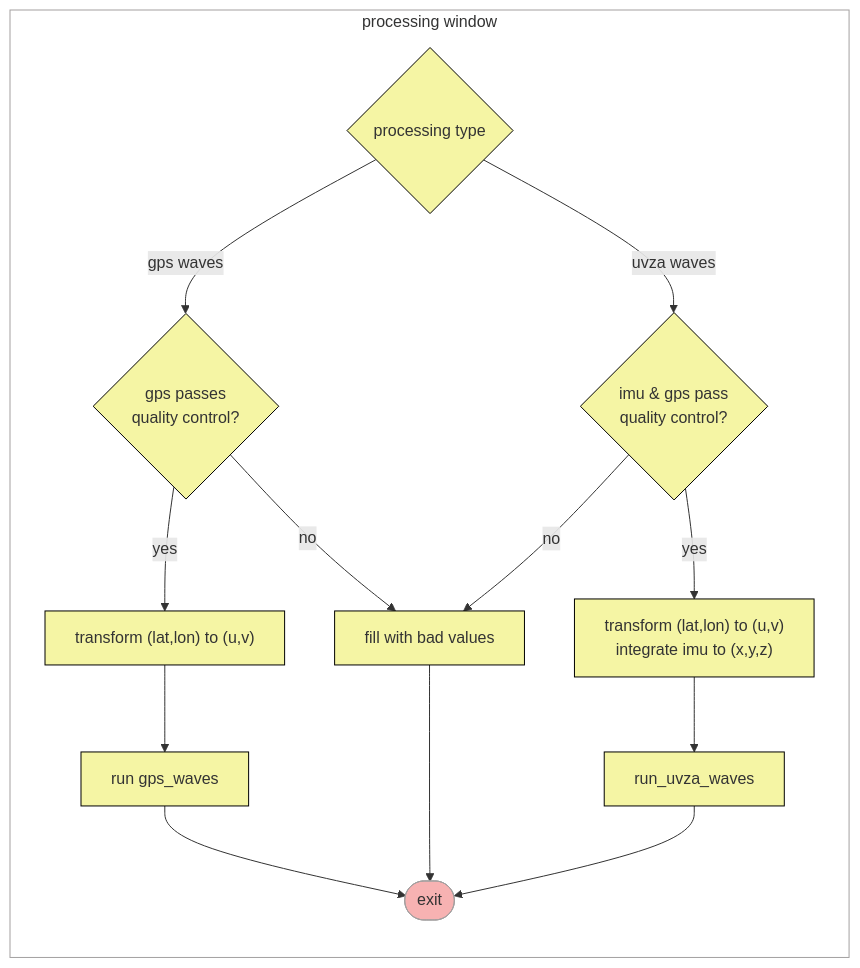
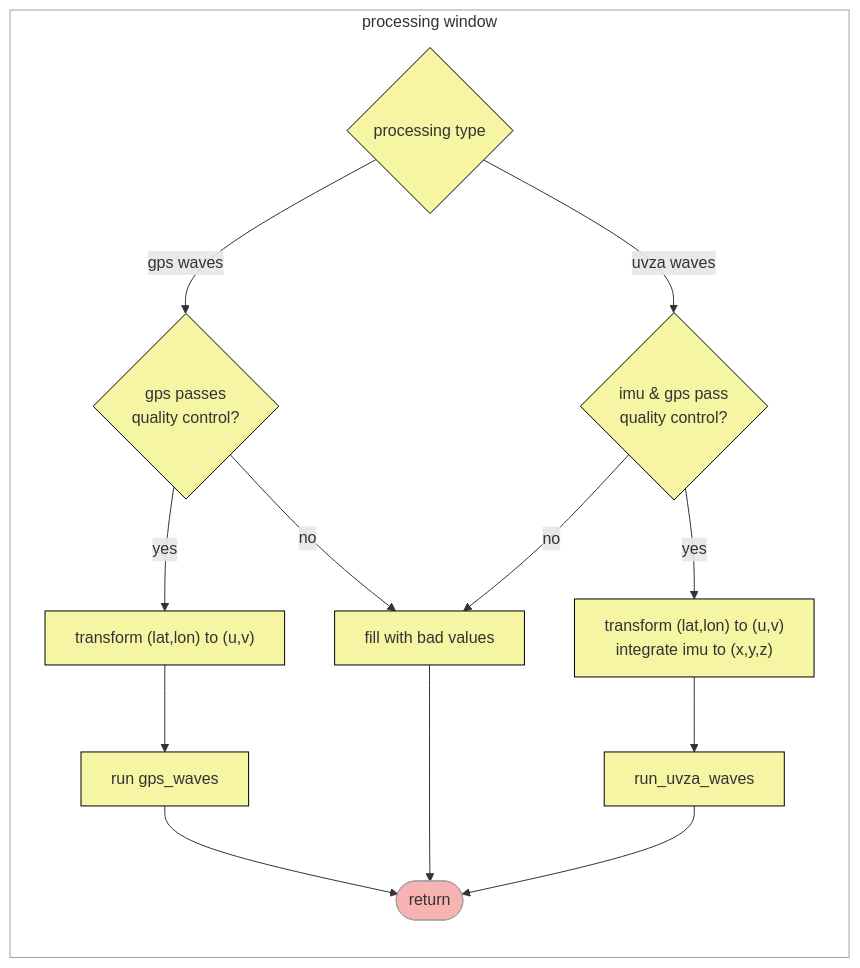
Before and after one commit to SASlabgroup/microSWIFT: the fourth of 5 diagrams in doc/Design.md, drawn with Mermaid. The commit also changed other lines of this file, not shown here.

Commit message:
changes exit to return

````diff
--- a/doc/Design.md
+++ b/doc/Design.md
@@ -129,30 +129,30 @@
 ```mermaid
 flowchart LR
     subgraph processing_window["processing window"]
     direction TB
     type{"processing type"} -->|"gps waves"| gps_good{"gps passes<br/>quality control?"}
         gps_good-->|yes| gps_to_uvz["transform (lat,lon) to (u,v)"]
             gps_to_uvz-->gps_waves[run gps_waves]
-        gps_waves-->exit
+        gps_waves-->return
         gps_good-->|no| fill_bad_values["fill with bad values"]
 
     type{"processing type"} -->|"uvza waves"| gps_and_imu_good{"imu & gps pass<br/>quality control?"}
         gps_and_imu_good-->|no| fill_bad_values["fill with bad values"]
 
         gps_and_imu_good-->|yes| transform_imu_and_gps["transform (lat,lon) to (u,v) <br/> integrate imu to (x,y,z)"]
         transform_imu_and_gps-->uvza_waves["run_uvza_waves"]
-        uvza_waves-->exit
+        uvza_waves-->return
 
 
-    fill_bad_values --> exit([exit])
+    fill_bad_values --> return([return])
     end
 
     classDef yellow fill:#f5f5a4,stroke:#000000,stroke-width:1px
     classDef grey fill:#FFFFFF,stroke:#a3a0a0, stroke-width:1px
     classDef red fill:#f7b2b2, stroke:#a3a0a0, stroke-width:1px
     
     class processing_window grey
     class type,gps_good,gps_and_imu_good,gps_to_uvz,gps_waves,fill_bad_values,transform_imu_and_gps,uvza_waves yellow
-    class exit, red
+    class return, red
 
 ```
````
